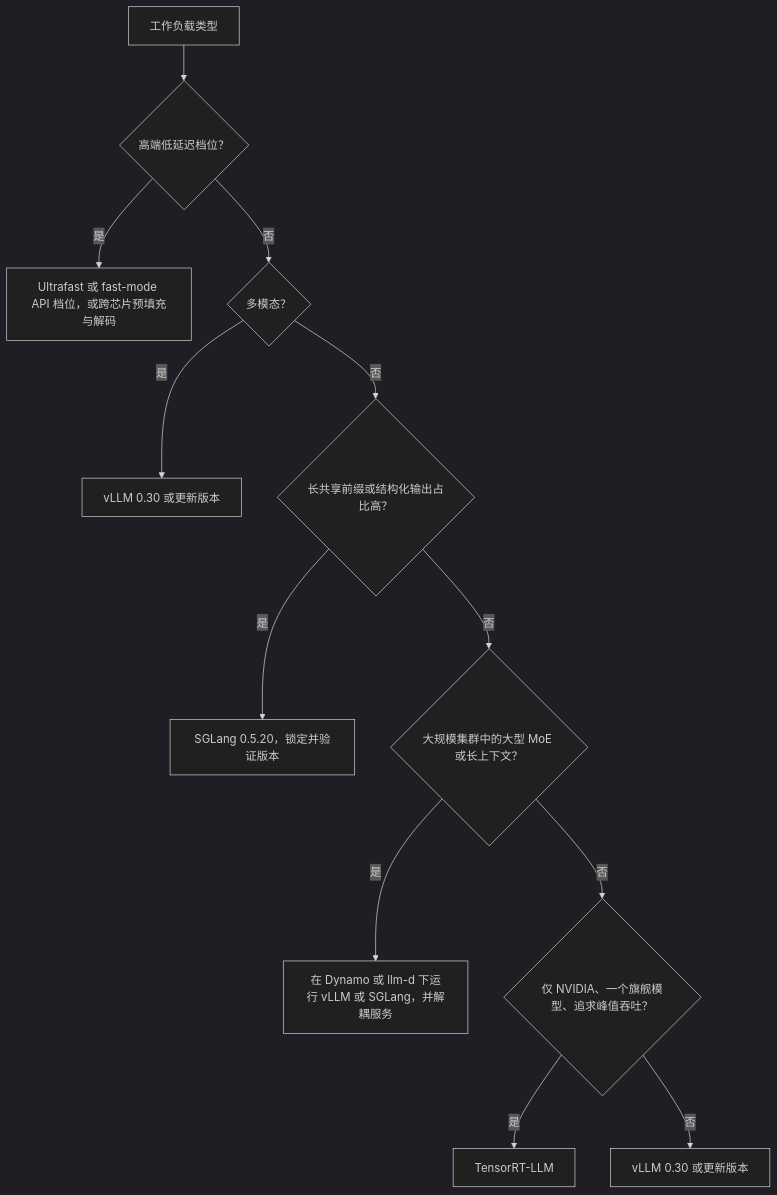
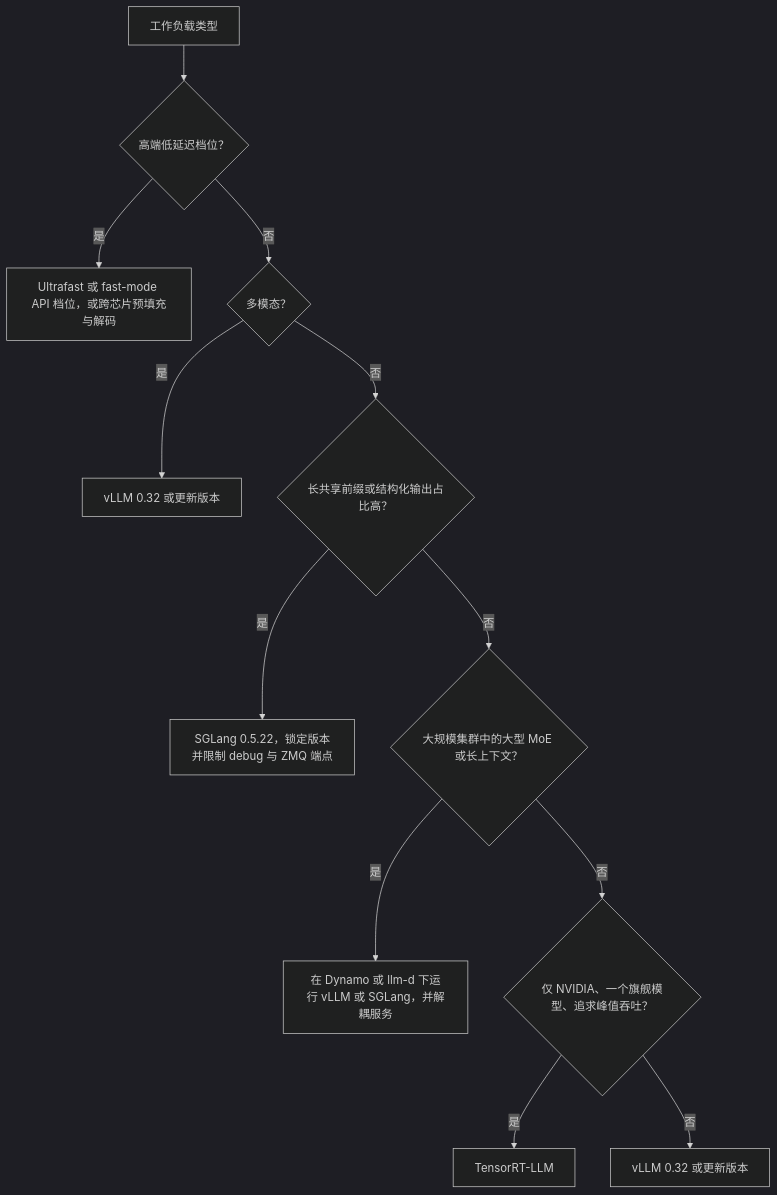
Before and after one commit to ChiHoc/ai-system-design-guide-zh: the diagram in 04-inference-optimization/06-serving-infrastructure.md, drawn with Mermaid (dark theme). The commit also changed other lines of this file and 112 other files, not shown here.

````diff
--- a/04-inference-optimization/06-serving-infrastructure.md
+++ b/04-inference-optimization/06-serving-infrastructure.md
@@ -153,14 +160,14 @@
 ```mermaid
 flowchart TD
     A[工作负载类型] --> B{高端低延迟档位？}
     B -->|是| L[Ultrafast 或 fast-mode API 档位，或跨芯片预填充与解码]
     B -->|否| C{多模态？}
-    C -->|是| D[vLLM 0.30 或更新版本]
+    C -->|是| D[vLLM 0.32 或更新版本]
     C -->|否| E{长共享前缀或结构化输出占比高？}
-    E -->|是| F[SGLang 0.5.20，锁定并验证版本]
+    E -->|是| F[SGLang 0.5.22，锁定版本并限制 debug 与 ZMQ 端点]
     E -->|否| G{大规模集群中的大型 MoE 或长上下文？}
     G -->|是| H[在 Dynamo 或 llm-d 下运行 vLLM 或 SGLang，并解耦服务]
     G -->|否| I{仅 NVIDIA、一个旗舰模型、追求峰值吞吐？}
     I -->|是| J[TensorRT-LLM]
-    I -->|否| K[vLLM 0.30 或更新版本]
+    I -->|否| K[vLLM 0.32 或更新版本]
 ```
````
